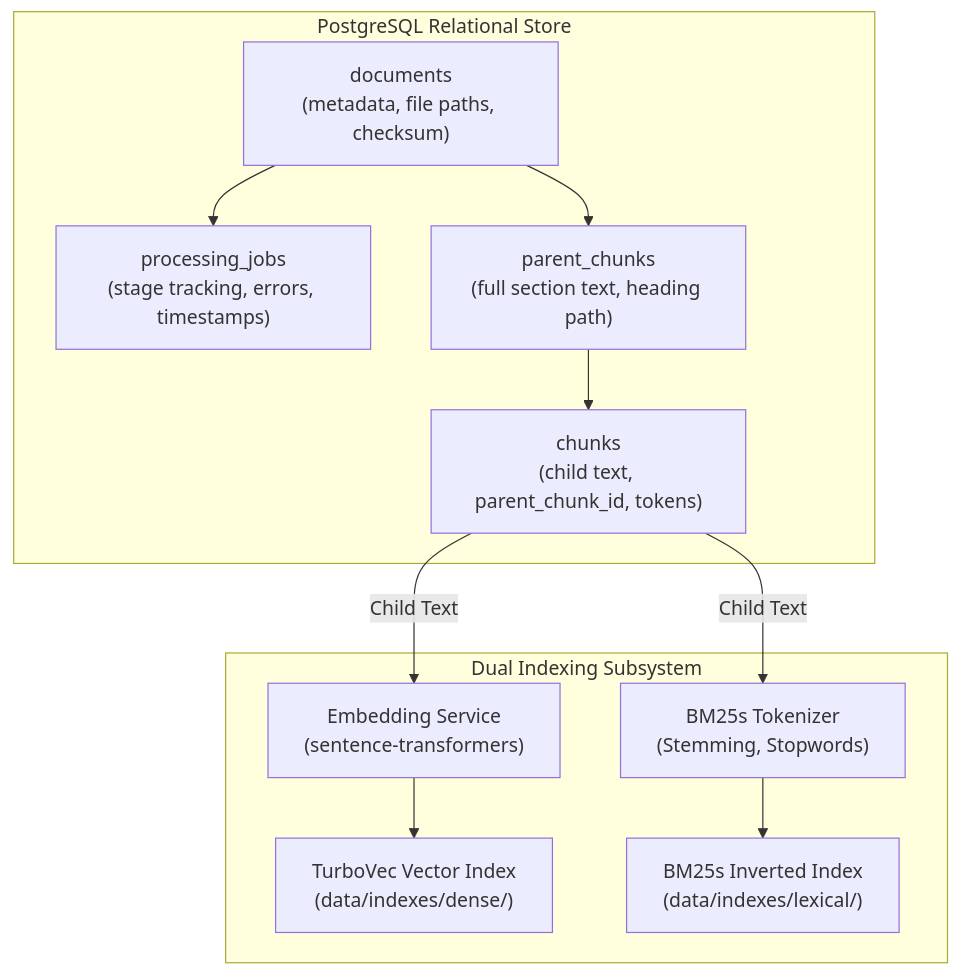
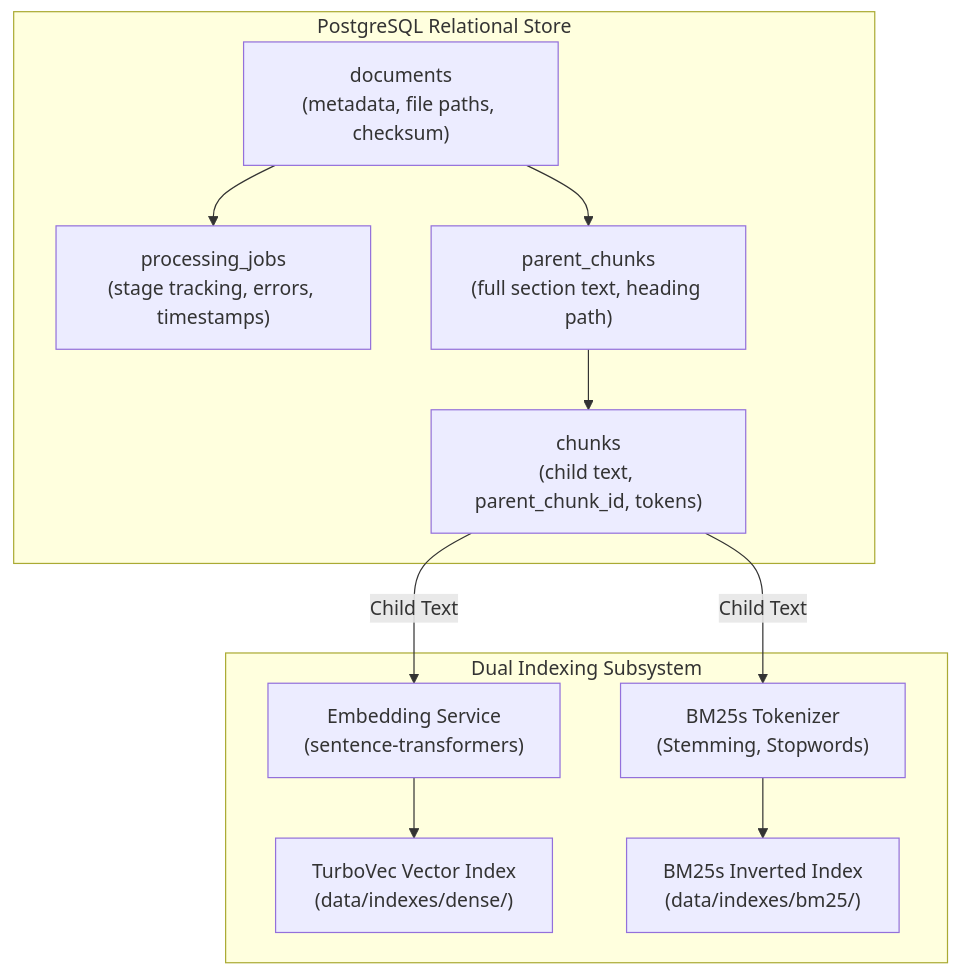
The second of 5 diagrams in architecture.md (ver1619/RAGnarok_DOCS), drawn with Mermaid before and after one commit. The commit also changed other lines of this file and 3 other files, not shown here.

````diff
--- a/architecture.md
+++ b/architecture.md
@@ -39,21 +39,21 @@
 ```mermaid
 flowchart TD
     subgraph PostgreSQL ["PostgreSQL Relational Store"]
         Docs["documents\n(metadata, file paths, checksum)"]
         Jobs["processing_jobs\n(stage tracking, errors, timestamps)"]
         Parents["parent_chunks\n(full section text, heading path)"]
         Children["chunks\n(child text, parent_chunk_id, tokens)"]
         
         Docs --> Jobs
         Docs --> Parents
         Parents --> Children
     end
 
     subgraph DualIndexing ["Dual Indexing Subsystem"]
         Children -->|Child Text| Embedder["Embedding Service\n(sentence-transformers)"]
         Embedder --> TurboVec["TurboVec Vector Index\n(data/indexes/dense/)"]
         
         Children -->|Child Text| LexTokenizer["BM25s Tokenizer\n(Stemming, Stopwords)"]
-        LexTokenizer --> BM25Index["BM25s Inverted Index\n(data/indexes/lexical/)"]
+        LexTokenizer --> BM25Index["BM25s Inverted Index\n(data/indexes/bm25/)"]
     end
 ```
````
